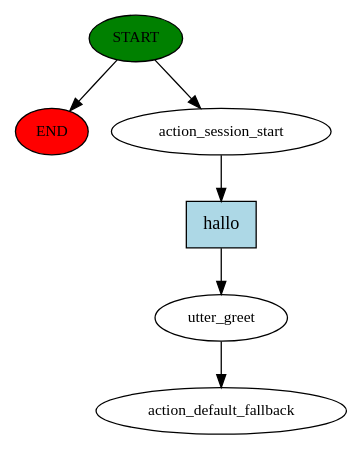
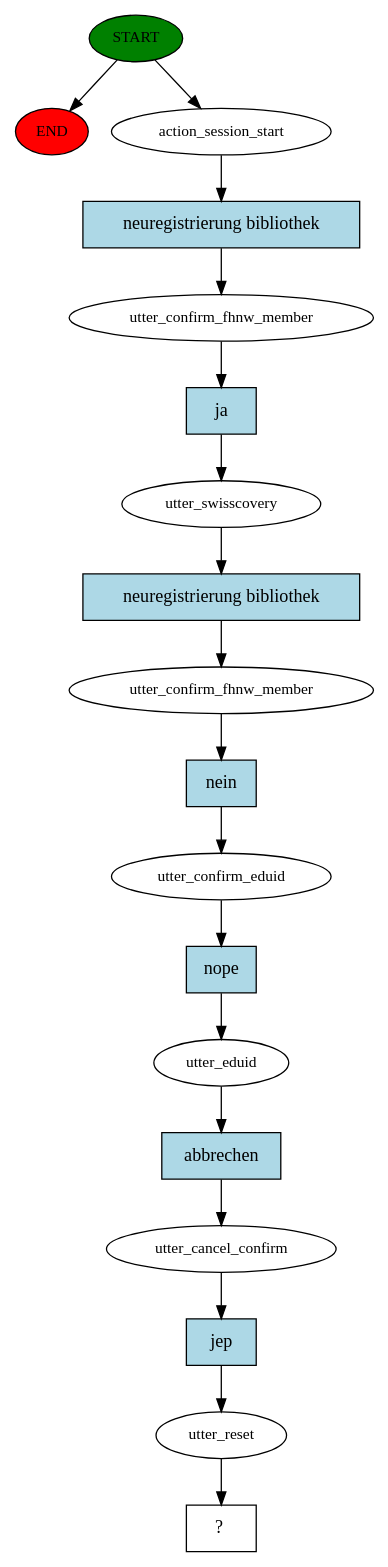
The diagram in story_graph.dot (Envaya/rasa-library-bot), drawn with Graphviz before and after one commit. The commit also changed 3 other files, not shown here.

```diff
--- a/story_graph.dot
+++ b/story_graph.dot
@@ -1,13 +1,37 @@
 digraph  {
 0 [class="start active", fillcolor=green, fontsize=12, label=START, style=filled];
 "-1" [class=end, fillcolor=red, fontsize=12, label=END, style=filled];
 1 [class=active, fontsize=12, label=action_session_start];
-2 [class=active, fontsize=12, label=utter_greet];
-3 [class="dashed active", fontsize=12, label=action_default_fallback];
-4 [class="intent active", fillcolor=lightblue, label=hallo, shape=rect, style=filled];
+2 [class=active, fontsize=12, label=utter_confirm_fhnw_member];
+3 [class=active, fontsize=12, label=utter_swisscovery];
+4 [class=active, fontsize=12, label=utter_confirm_fhnw_member];
+5 [class=active, fontsize=12, label=utter_confirm_eduid];
+6 [class=active, fontsize=12, label=utter_eduid];
+7 [class=active, fontsize=12, label=utter_cancel_confirm];
+8 [class=active, fontsize=12, label=utter_reset];
+9 [class="intent dashed active", label="  ?  ", shape=rect];
+10 [class="intent active", fillcolor=lightblue, label="neuregistrierung bibliothek", shape=rect, style=filled];
+11 [class="intent active", fillcolor=lightblue, label=ja, shape=rect, style=filled];
+12 [class="intent active", fillcolor=lightblue, label="neuregistrierung bibliothek", shape=rect, style=filled];
+13 [class="intent active", fillcolor=lightblue, label=nein, shape=rect, style=filled];
+14 [class="intent active", fillcolor=lightblue, label=nope, shape=rect, style=filled];
+15 [class="intent active", fillcolor=lightblue, label=abbrechen, shape=rect, style=filled];
+16 [class="intent active", fillcolor=lightblue, label=jep, shape=rect, style=filled];
 0 -> "-1"  [class="", key=NONE, label=""];
 0 -> 1  [class=active, key=NONE, label=""];
-1 -> 4  [class=active, key=0];
-2 -> 3  [class=active, key=NONE, label=""];
-4 -> 2  [class=active, key=0];
+1 -> 10  [class=active, key=0];
+2 -> 11  [class=active, key=0];
+3 -> 12  [class=active, key=0];
+4 -> 13  [class=active, key=0];
+5 -> 14  [class=active, key=0];
+6 -> 15  [class=active, key=0];
+7 -> 16  [class=active, key=0];
+8 -> 9  [class=active, key=NONE, label=""];
+10 -> 2  [class=active, key=0];
+11 -> 3  [class=active, key=0];
+12 -> 4  [class=active, key=0];
+13 -> 5  [class=active, key=0];
+14 -> 6  [class=active, key=0];
+15 -> 7  [class=active, key=0];
+16 -> 8  [class=active, key=0];
 }
```
